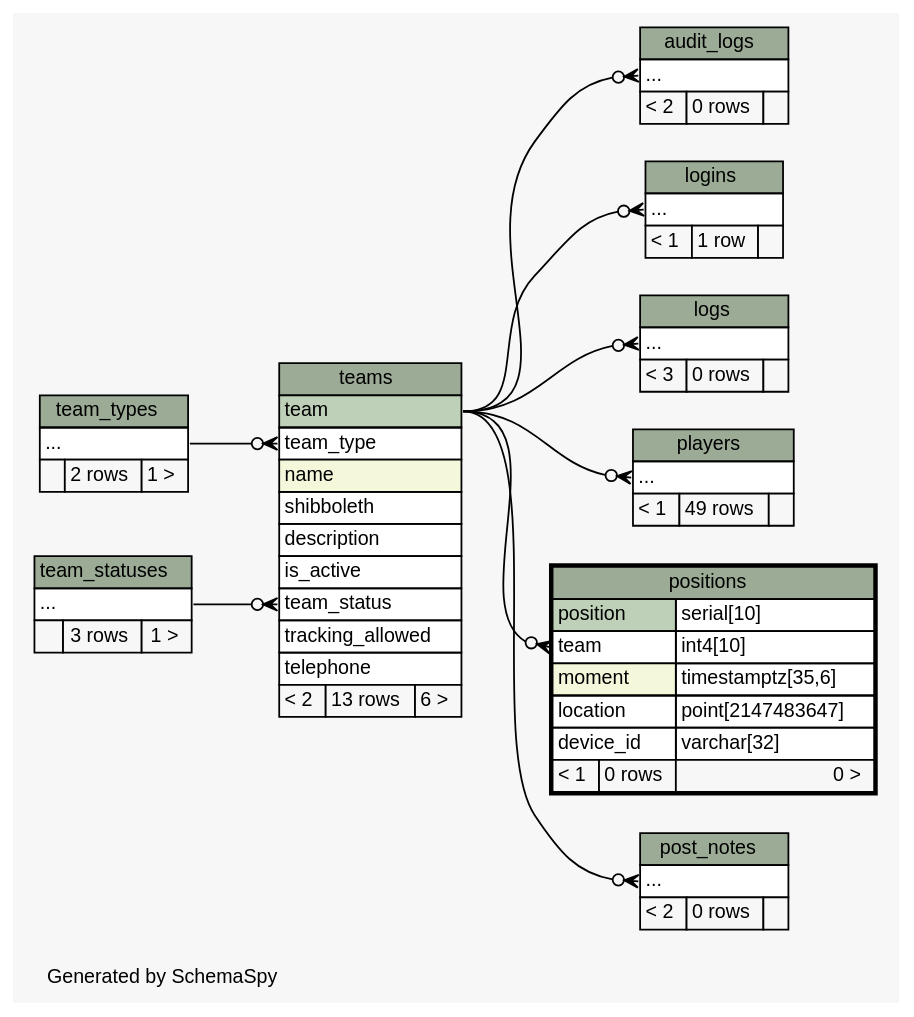
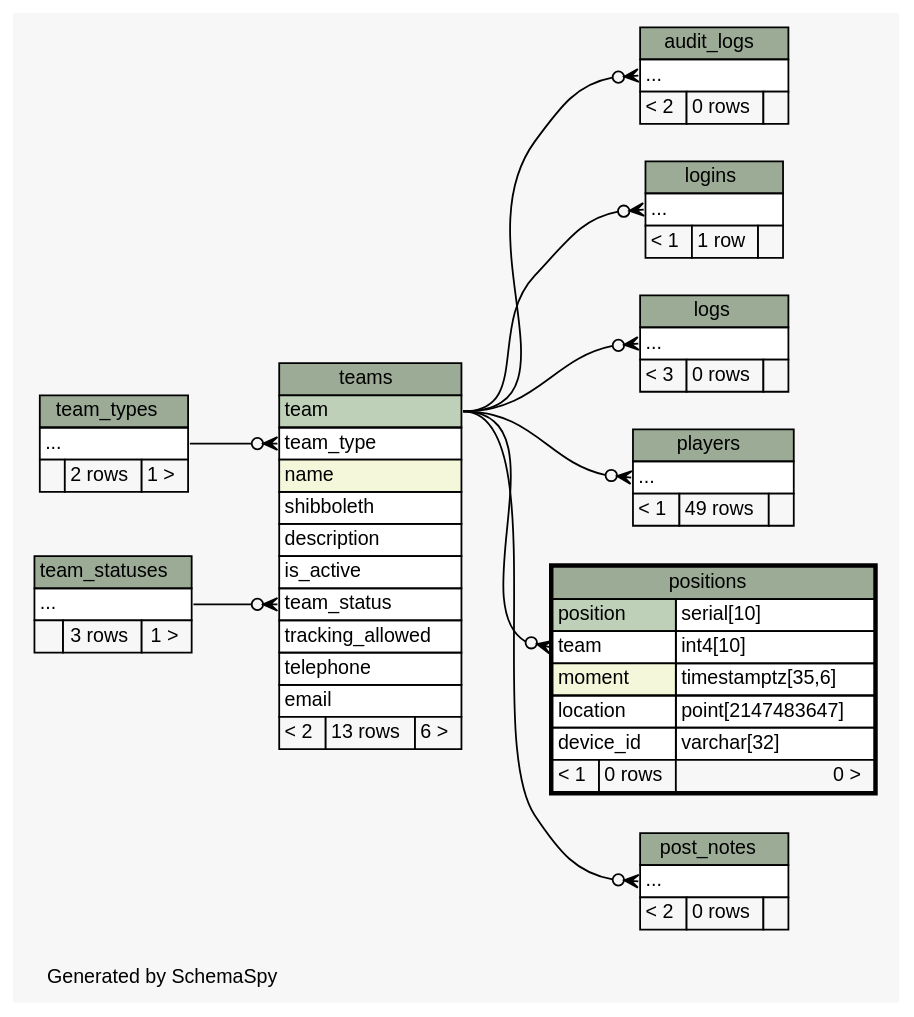
The diagram in Brazda/doc/db/diagrams/positions.2degrees.dot (xmarwin/brazda), drawn with Graphviz before and after one commit. The commit also changed 71 other files, not shown here.

```diff
--- a/Brazda/doc/db/diagrams/positions.2degrees.dot
+++ b/Brazda/doc/db/diagrams/positions.2degrees.dot
@@ -1,132 +1,133 @@
 // dot 2.40.1 on Linux 4.12.8-gentoo
 // SchemaSpy rev 590
 digraph "twoDegreesRelationshipsDiagram" {
   graph [
     rankdir="RL"
     bgcolor="#f7f7f7"
     label="\nGenerated by SchemaSpy"
     labeljust="l"
     nodesep="0.18"
     ranksep="0.46"
     fontname="Helvetica"
     fontsize="11"
   ];
   node [
     fontname="Helvetica"
     fontsize="11"
     shape="plaintext"
   ];
   edge [
     arrowsize="0.8"
   ];
   "audit_logs":"elipses":w -> "teams":"team":e [arrowhead=none dir=back arrowtail=crowodot];
   "logins":"elipses":w -> "teams":"team":e [arrowhead=none dir=back arrowtail=crowodot];
   "logs":"elipses":w -> "teams":"team":e [arrowhead=none dir=back arrowtail=crowodot];
   "players":"elipses":w -> "teams":"team":e [arrowhead=none dir=back arrowtail=crowodot];
   "positions":"team":w -> "teams":"team":e [arrowhead=none dir=back arrowtail=crowodot];
   "post_notes":"elipses":w -> "teams":"team":e [arrowhead=none dir=back arrowtail=crowodot];
   "teams":"team_status":w -> "team_statuses":"elipses":e [arrowhead=none dir=back arrowtail=crowodot];
   "teams":"team_type":w -> "team_types":"elipses":e [arrowhead=none dir=back arrowtail=crowodot];
   "audit_logs" [
     label=<
     <TABLE BORDER="0" CELLBORDER="1" CELLSPACING="0" BGCOLOR="#ffffff">
       <TR><TD COLSPAN="3" BGCOLOR="#9bab96" ALIGN="CENTER">audit_logs</TD></TR>
       <TR><TD PORT="elipses" COLSPAN="3" ALIGN="LEFT">...</TD></TR>
       <TR><TD ALIGN="LEFT" BGCOLOR="#f7f7f7">&lt; 2</TD><TD ALIGN="RIGHT" BGCOLOR="#f7f7f7">0 rows</TD><TD ALIGN="RIGHT" BGCOLOR="#f7f7f7">  </TD></TR>
     </TABLE>>
     URL="audit_logs.html"
     tooltip="audit_logs"
   ];
   "logins" [
     label=<
     <TABLE BORDER="0" CELLBORDER="1" CELLSPACING="0" BGCOLOR="#ffffff">
       <TR><TD COLSPAN="3" BGCOLOR="#9bab96" ALIGN="CENTER">logins</TD></TR>
       <TR><TD PORT="elipses" COLSPAN="3" ALIGN="LEFT">...</TD></TR>
       <TR><TD ALIGN="LEFT" BGCOLOR="#f7f7f7">&lt; 1</TD><TD ALIGN="RIGHT" BGCOLOR="#f7f7f7">1 row</TD><TD ALIGN="RIGHT" BGCOLOR="#f7f7f7">  </TD></TR>
     </TABLE>>
     URL="logins.html"
     tooltip="logins"
   ];
   "logs" [
     label=<
     <TABLE BORDER="0" CELLBORDER="1" CELLSPACING="0" BGCOLOR="#ffffff">
       <TR><TD COLSPAN="3" BGCOLOR="#9bab96" ALIGN="CENTER">logs</TD></TR>
       <TR><TD PORT="elipses" COLSPAN="3" ALIGN="LEFT">...</TD></TR>
       <TR><TD ALIGN="LEFT" BGCOLOR="#f7f7f7">&lt; 3</TD><TD ALIGN="RIGHT" BGCOLOR="#f7f7f7">0 rows</TD><TD ALIGN="RIGHT" BGCOLOR="#f7f7f7">  </TD></TR>
     </TABLE>>
     URL="logs.html"
     tooltip="logs"
   ];
   "players" [
     label=<
     <TABLE BORDER="0" CELLBORDER="1" CELLSPACING="0" BGCOLOR="#ffffff">
       <TR><TD COLSPAN="3" BGCOLOR="#9bab96" ALIGN="CENTER">players</TD></TR>
       <TR><TD PORT="elipses" COLSPAN="3" ALIGN="LEFT">...</TD></TR>
       <TR><TD ALIGN="LEFT" BGCOLOR="#f7f7f7">&lt; 1</TD><TD ALIGN="RIGHT" BGCOLOR="#f7f7f7">49 rows</TD><TD ALIGN="RIGHT" BGCOLOR="#f7f7f7">  </TD></TR>
     </TABLE>>
     URL="players.html"
     tooltip="players"
   ];
   "positions" [
     label=<
     <TABLE BORDER="2" CELLBORDER="1" CELLSPACING="0" BGCOLOR="#ffffff">
       <TR><TD COLSPAN="3" BGCOLOR="#9bab96" ALIGN="CENTER">positions</TD></TR>
       <TR><TD PORT="position" COLSPAN="2" BGCOLOR="#bed1b8" ALIGN="LEFT">position</TD><TD PORT="position.type" ALIGN="LEFT">serial[10]</TD></TR>
       <TR><TD PORT="team" COLSPAN="2" ALIGN="LEFT">team</TD><TD PORT="team.type" ALIGN="LEFT">int4[10]</TD></TR>
       <TR><TD PORT="moment" COLSPAN="2" BGCOLOR="#f4f7da" ALIGN="LEFT">moment</TD><TD PORT="moment.type" ALIGN="LEFT">timestamptz[35,6]</TD></TR>
       <TR><TD PORT="location" COLSPAN="2" ALIGN="LEFT">location</TD><TD PORT="location.type" ALIGN="LEFT">point[2147483647]</TD></TR>
       <TR><TD PORT="device_id" COLSPAN="2" ALIGN="LEFT">device_id</TD><TD PORT="device_id.type" ALIGN="LEFT">varchar[32]</TD></TR>
       <TR><TD ALIGN="LEFT" BGCOLOR="#f7f7f7">&lt; 1</TD><TD ALIGN="RIGHT" BGCOLOR="#f7f7f7">0 rows</TD><TD ALIGN="RIGHT" BGCOLOR="#f7f7f7">0 &gt;</TD></TR>
     </TABLE>>
     URL="positions.html"
     tooltip="positions"
   ];
   "post_notes" [
     label=<
     <TABLE BORDER="0" CELLBORDER="1" CELLSPACING="0" BGCOLOR="#ffffff">
       <TR><TD COLSPAN="3" BGCOLOR="#9bab96" ALIGN="CENTER">post_notes</TD></TR>
       <TR><TD PORT="elipses" COLSPAN="3" ALIGN="LEFT">...</TD></TR>
       <TR><TD ALIGN="LEFT" BGCOLOR="#f7f7f7">&lt; 2</TD><TD ALIGN="RIGHT" BGCOLOR="#f7f7f7">0 rows</TD><TD ALIGN="RIGHT" BGCOLOR="#f7f7f7">  </TD></TR>
     </TABLE>>
     URL="post_notes.html"
     tooltip="post_notes"
   ];
   "team_statuses" [
     label=<
     <TABLE BORDER="0" CELLBORDER="1" CELLSPACING="0" BGCOLOR="#ffffff">
       <TR><TD COLSPAN="3" BGCOLOR="#9bab96" ALIGN="CENTER">team_statuses</TD></TR>
       <TR><TD PORT="elipses" COLSPAN="3" ALIGN="LEFT">...</TD></TR>
       <TR><TD ALIGN="LEFT" BGCOLOR="#f7f7f7">  </TD><TD ALIGN="RIGHT" BGCOLOR="#f7f7f7">3 rows</TD><TD ALIGN="RIGHT" BGCOLOR="#f7f7f7">1 &gt;</TD></TR>
     </TABLE>>
     URL="team_statuses.html"
     tooltip="team_statuses"
   ];
   "team_types" [
     label=<
     <TABLE BORDER="0" CELLBORDER="1" CELLSPACING="0" BGCOLOR="#ffffff">
       <TR><TD COLSPAN="3" BGCOLOR="#9bab96" ALIGN="CENTER">team_types</TD></TR>
       <TR><TD PORT="elipses" COLSPAN="3" ALIGN="LEFT">...</TD></TR>
       <TR><TD ALIGN="LEFT" BGCOLOR="#f7f7f7">  </TD><TD ALIGN="RIGHT" BGCOLOR="#f7f7f7">2 rows</TD><TD ALIGN="RIGHT" BGCOLOR="#f7f7f7">1 &gt;</TD></TR>
     </TABLE>>
     URL="team_types.html"
     tooltip="team_types"
   ];
   "teams" [
     label=<
     <TABLE BORDER="0" CELLBORDER="1" CELLSPACING="0" BGCOLOR="#ffffff">
       <TR><TD COLSPAN="3" BGCOLOR="#9bab96" ALIGN="CENTER">teams</TD></TR>
       <TR><TD PORT="team" COLSPAN="3" BGCOLOR="#bed1b8" ALIGN="LEFT">team</TD></TR>
       <TR><TD PORT="team_type" COLSPAN="3" ALIGN="LEFT">team_type</TD></TR>
       <TR><TD PORT="name" COLSPAN="3" BGCOLOR="#f4f7da" ALIGN="LEFT">name</TD></TR>
       <TR><TD PORT="shibboleth" COLSPAN="3" ALIGN="LEFT">shibboleth</TD></TR>
       <TR><TD PORT="description" COLSPAN="3" ALIGN="LEFT">description</TD></TR>
       <TR><TD PORT="is_active" COLSPAN="3" ALIGN="LEFT">is_active</TD></TR>
       <TR><TD PORT="team_status" COLSPAN="3" ALIGN="LEFT">team_status</TD></TR>
       <TR><TD PORT="tracking_allowed" COLSPAN="3" ALIGN="LEFT">tracking_allowed</TD></TR>
       <TR><TD PORT="telephone" COLSPAN="3" ALIGN="LEFT">telephone</TD></TR>
+      <TR><TD PORT="email" COLSPAN="3" ALIGN="LEFT">email</TD></TR>
       <TR><TD ALIGN="LEFT" BGCOLOR="#f7f7f7">&lt; 2</TD><TD ALIGN="RIGHT" BGCOLOR="#f7f7f7">13 rows</TD><TD ALIGN="RIGHT" BGCOLOR="#f7f7f7">6 &gt;</TD></TR>
     </TABLE>>
     URL="teams.html"
     tooltip="teams"
   ];
 }
```
